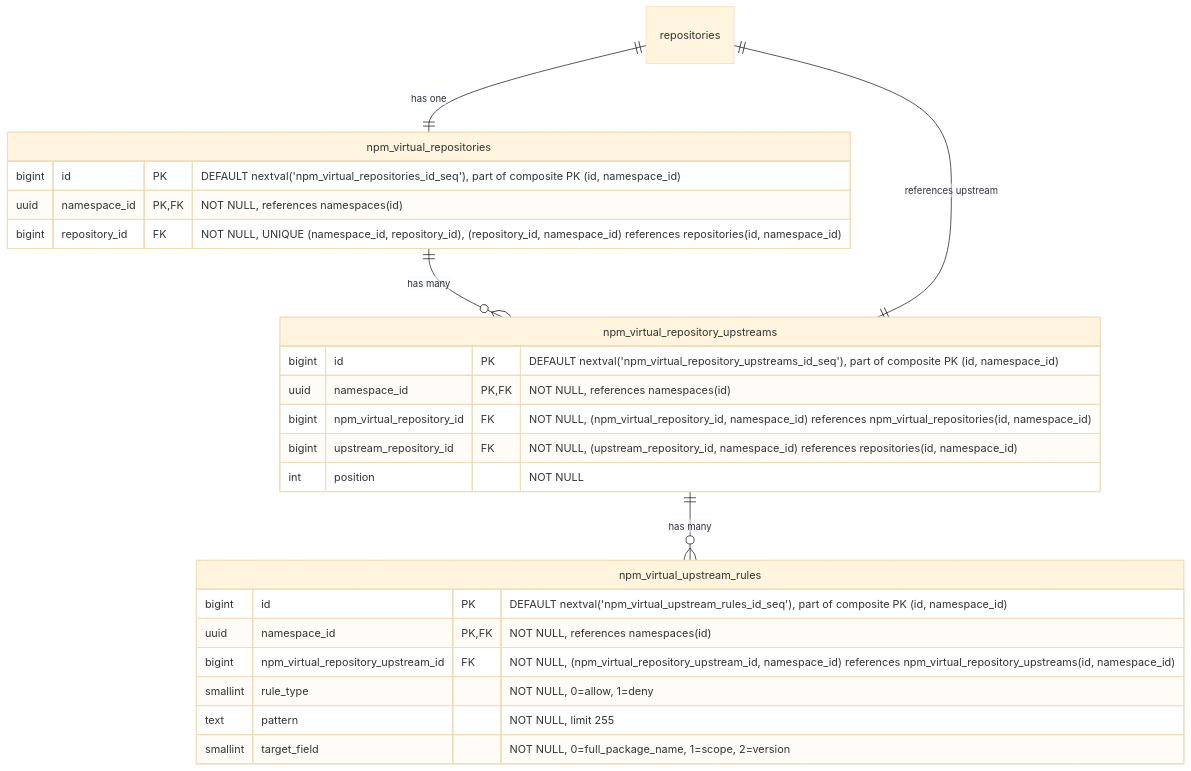
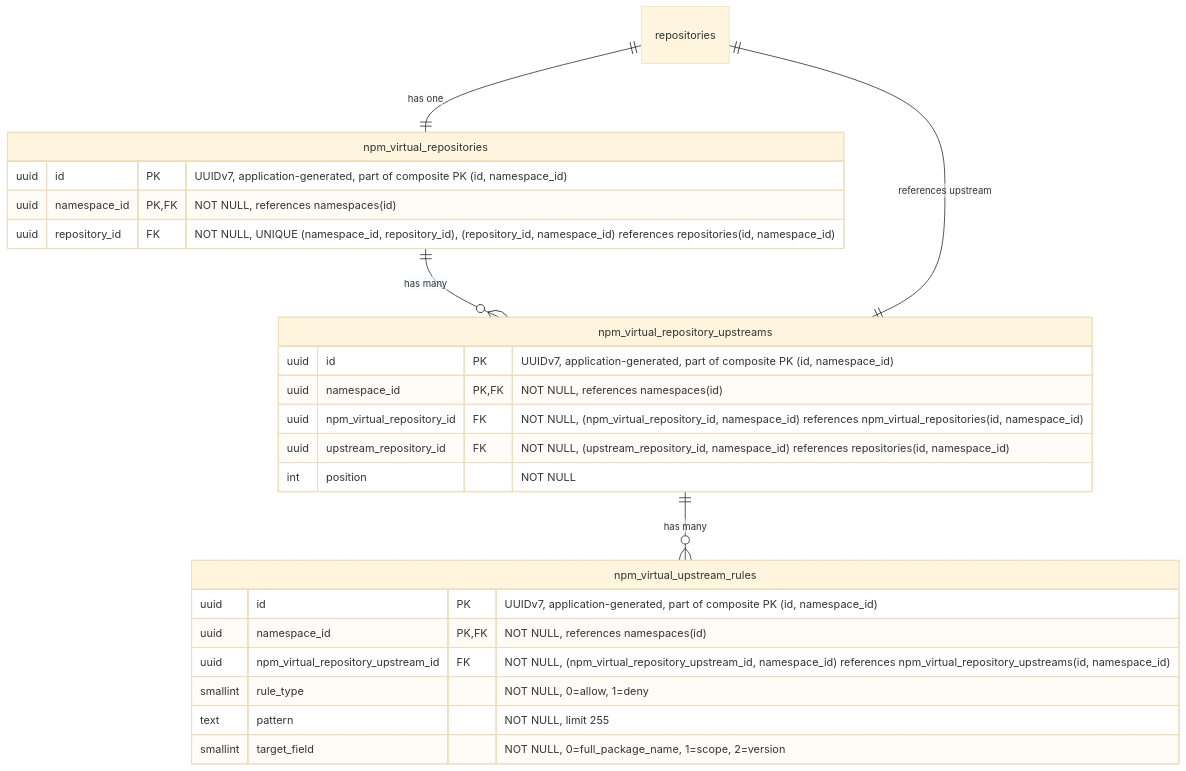
One commit to kyama0/gitlab-handbook-ja changed diagram 15 of 19 in content/handbook/engineering/architecture/design-documents/artifact_registry/decisions/007_database_schema.md. Above: the diagram before and after it, drawn with Mermaid (base theme). The commit also changed other lines of this file and 105 other files, not shown here.

````diff
--- a/content/handbook/engineering/architecture/design-documents/artifact_registry/decisions/007_database_schema.md
+++ b/content/handbook/engineering/architecture/design-documents/artifact_registry/decisions/007_database_schema.md
@@ -1412,30 +1428,30 @@
 ```mermaid
 erDiagram
     repositories ||--|| npm_virtual_repositories : "has one"
     npm_virtual_repositories ||--o{ npm_virtual_repository_upstreams : "has many"
     npm_virtual_repository_upstreams ||--|| repositories : "references upstream"
     npm_virtual_repository_upstreams ||--o{ npm_virtual_upstream_rules : "has many"
 
     npm_virtual_repositories {
-        bigint id PK "DEFAULT nextval('npm_virtual_repositories_id_seq'), part of composite PK (id, namespace_id)"
+        uuid id PK "UUIDv7, application-generated, part of composite PK (id, namespace_id)"
         uuid namespace_id PK,FK "NOT NULL, references namespaces(id)"
-        bigint repository_id FK "NOT NULL, UNIQUE (namespace_id, repository_id), (repository_id, namespace_id) references repositories(id, namespace_id)"
+        uuid repository_id FK "NOT NULL, UNIQUE (namespace_id, repository_id), (repository_id, namespace_id) references repositories(id, namespace_id)"
     }
 
     npm_virtual_repository_upstreams {
-        bigint id PK "DEFAULT nextval('npm_virtual_repository_upstreams_id_seq'), part of composite PK (id, namespace_id)"
+        uuid id PK "UUIDv7, application-generated, part of composite PK (id, namespace_id)"
         uuid namespace_id PK,FK "NOT NULL, references namespaces(id)"
-        bigint npm_virtual_repository_id FK "NOT NULL, (npm_virtual_repository_id, namespace_id) references npm_virtual_repositories(id, namespace_id)"
-        bigint upstream_repository_id FK "NOT NULL, (upstream_repository_id, namespace_id) references repositories(id, namespace_id)"
+        uuid npm_virtual_repository_id FK "NOT NULL, (npm_virtual_repository_id, namespace_id) references npm_virtual_repositories(id, namespace_id)"
+        uuid upstream_repository_id FK "NOT NULL, (upstream_repository_id, namespace_id) references repositories(id, namespace_id)"
         int position "NOT NULL"
     }
 
     npm_virtual_upstream_rules {
-        bigint id PK "DEFAULT nextval('npm_virtual_upstream_rules_id_seq'), part of composite PK (id, namespace_id)"
+        uuid id PK "UUIDv7, application-generated, part of composite PK (id, namespace_id)"
         uuid namespace_id PK,FK "NOT NULL, references namespaces(id)"
-        bigint npm_virtual_repository_upstream_id FK "NOT NULL, (npm_virtual_repository_upstream_id, namespace_id) references npm_virtual_repository_upstreams(id, namespace_id)"
+        uuid npm_virtual_repository_upstream_id FK "NOT NULL, (npm_virtual_repository_upstream_id, namespace_id) references npm_virtual_repository_upstreams(id, namespace_id)"
         smallint rule_type "NOT NULL, 0=allow, 1=deny"
         text pattern "NOT NULL, limit 255"
         smallint target_field "NOT NULL, 0=full_package_name, 1=scope, 2=version"
     }
 ```
````
